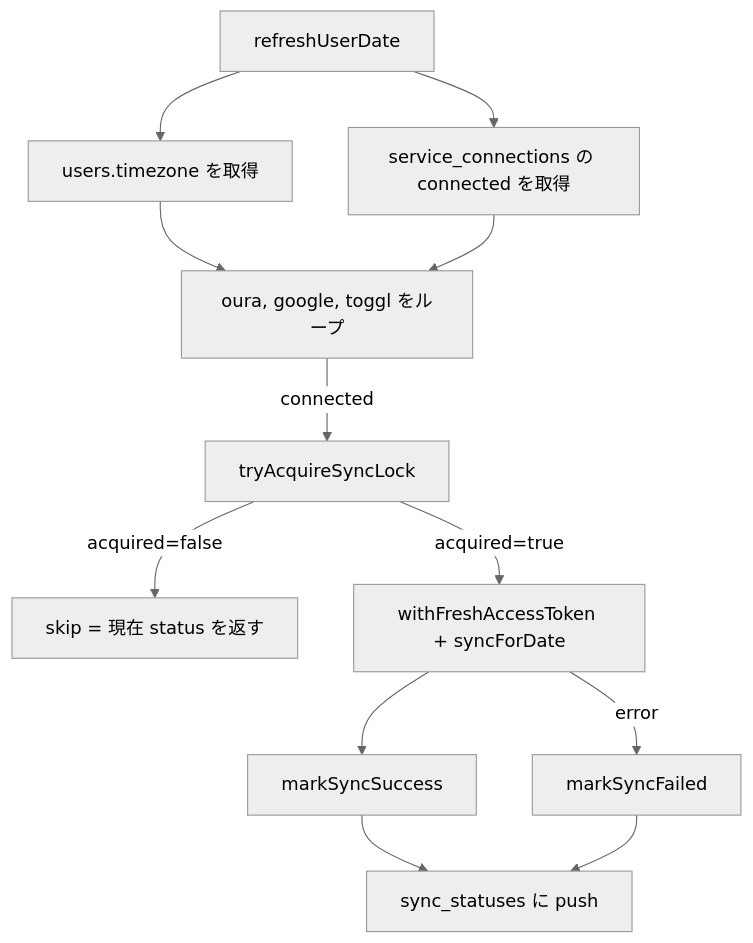
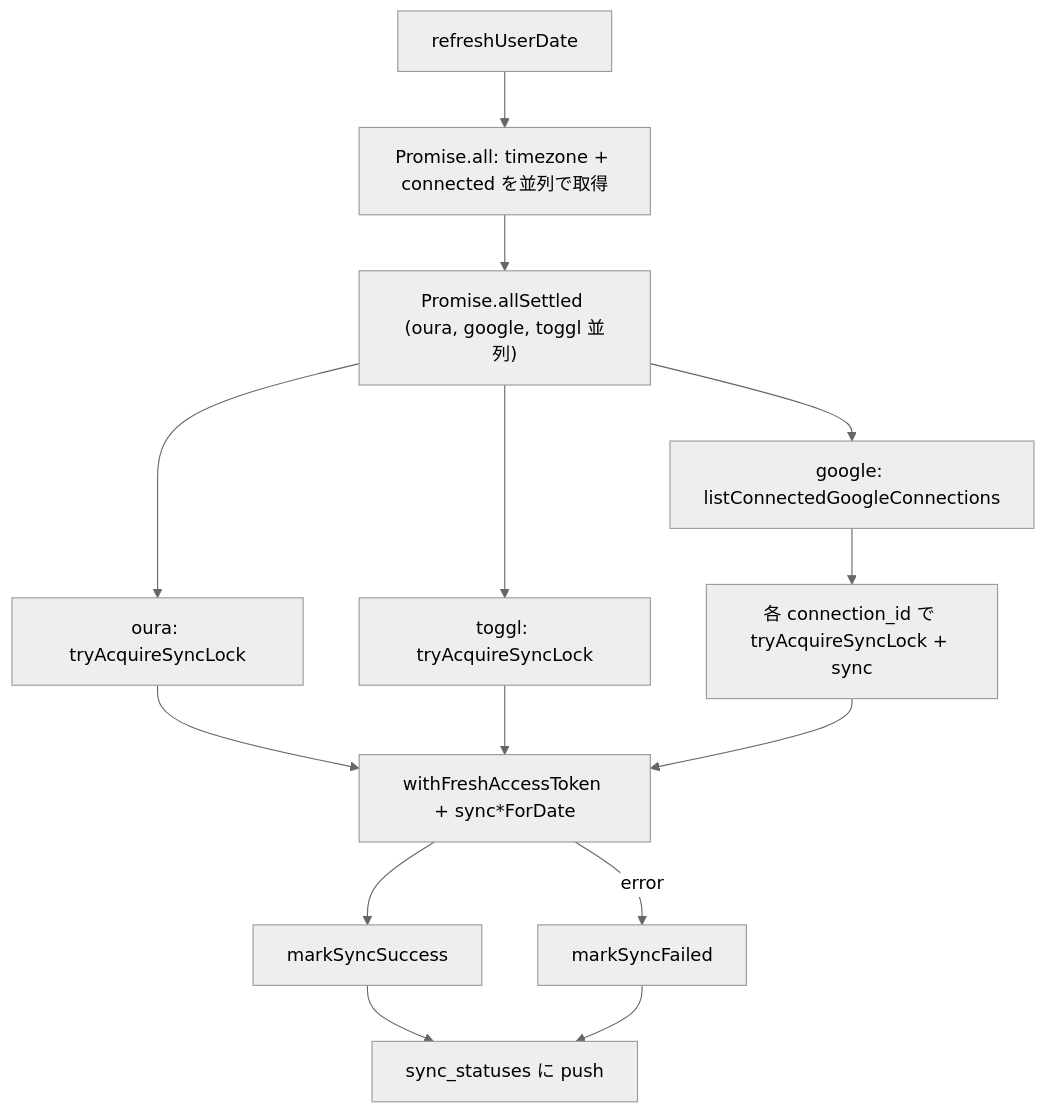
The second of 3 diagrams in docs/onboarding/data-flow.md (fujisakiwahei/todaysme), drawn with Mermaid (neutral theme) before and after one commit. The commit also changed other lines of this file and 10 other files, not shown here.

````diff
--- a/docs/onboarding/data-flow.md
+++ b/docs/onboarding/data-flow.md
@@ -119,13 +123,16 @@
 ```mermaid
 flowchart TD
-  start[refreshUserDate] --> tz[users.timezone を取得]
-  start --> conn[service_connections の connected を取得]
-  tz & conn --> loop[oura, google, toggl をループ]
-  loop -->|connected| lock[tryAcquireSyncLock]
-  lock -->|acquired=false| skip[skip = 現在 status を返す]
-  lock -->|acquired=true| run[withFreshAccessToken + sync<Provider>ForDate]
+  start[refreshUserDate] --> pre[Promise.all: timezone + connected を並列で取得]
+  pre --> par["Promise.allSettled (oura, google, toggl 並列)"]
+  par --> ouraLock[oura: tryAcquireSyncLock]
+  par --> googleLoop[google: listConnectedGoogleConnections]
+  par --> togglLock[toggl: tryAcquireSyncLock]
+  googleLoop --> googleLock[各 connection_id で tryAcquireSyncLock + sync]
+  ouraLock --> run[withFreshAccessToken + sync*ForDate]
+  togglLock --> run
+  googleLock --> run
   run --> ok[markSyncSuccess]
   run -->|error| fail[markSyncFailed]
   ok --> push[sync_statuses に push]
   fail --> push
 ```
````
